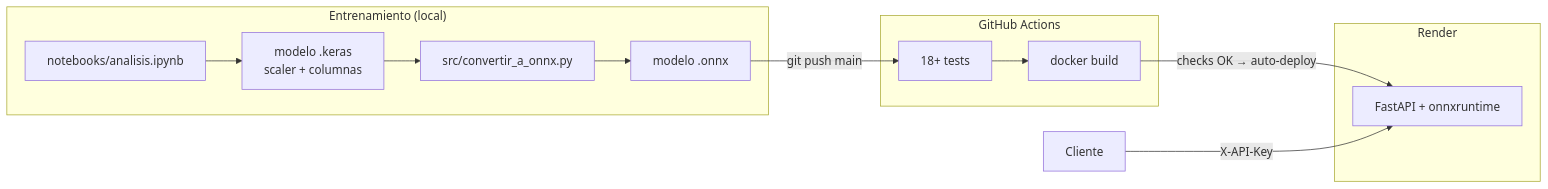
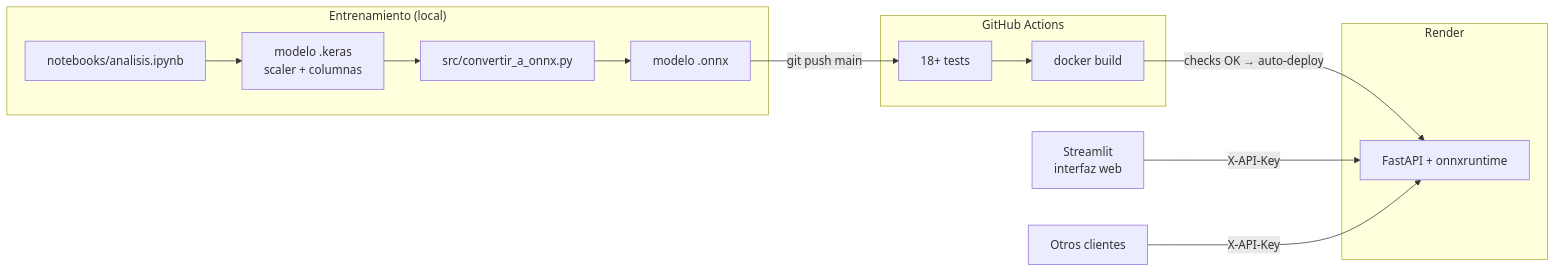
One commit to NiurkaVane11/prediccion-del-abandono-estudiantil changed the diagram in README.md. Above: the diagram before and after it, drawn with Mermaid. The commit also changed other lines of this file and 7 other files, not shown here.

First line of the commit message:
Interfaz web con Streamlit que consume la API de Render

````diff
--- a/README.md
+++ b/README.md
@@ -51,16 +68,17 @@
 ```mermaid
 flowchart LR
     subgraph Entrenamiento["Entrenamiento (local)"]
         NB[notebooks/analisis.ipynb] --> K[modelo .keras<br/>scaler + columnas]
         K --> C[src/convertir_a_onnx.py] --> O[modelo .onnx]
     end
     subgraph CICD["GitHub Actions"]
         T[18+ tests] --> D[docker build]
     end
     subgraph Prod["Render"]
         API[FastAPI + onnxruntime]
     end
     O -->|git push main| T
     D -->|checks OK → auto-deploy| API
-    U[Cliente] -->|X-API-Key| API
+    S[Streamlit<br/>interfaz web] -->|X-API-Key| API
+    U[Otros clientes] -->|X-API-Key| API
 ```
````
